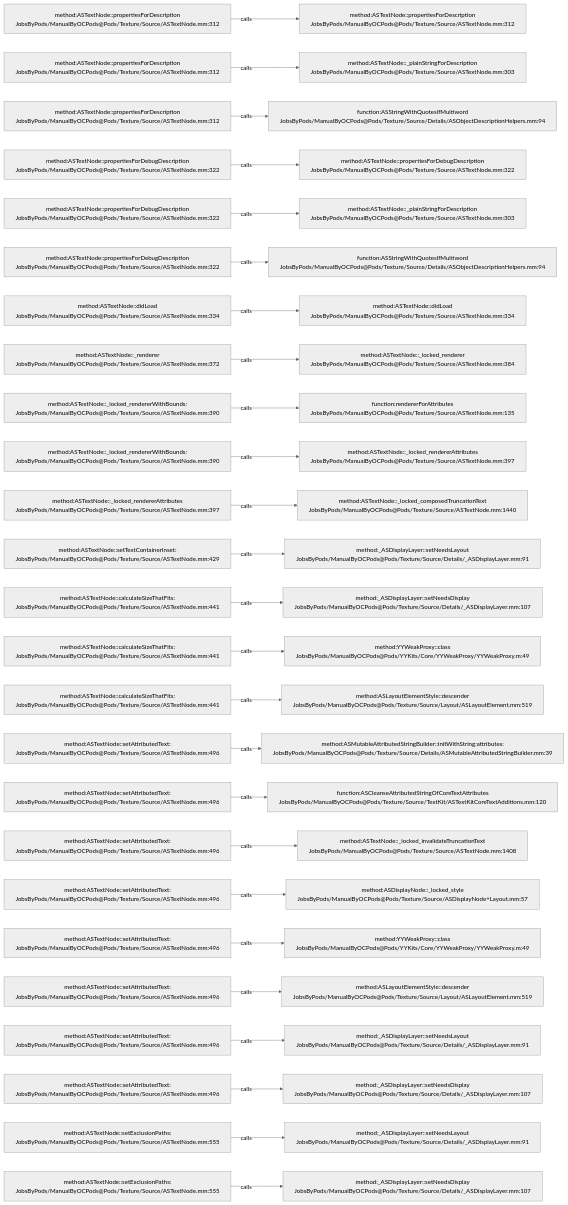
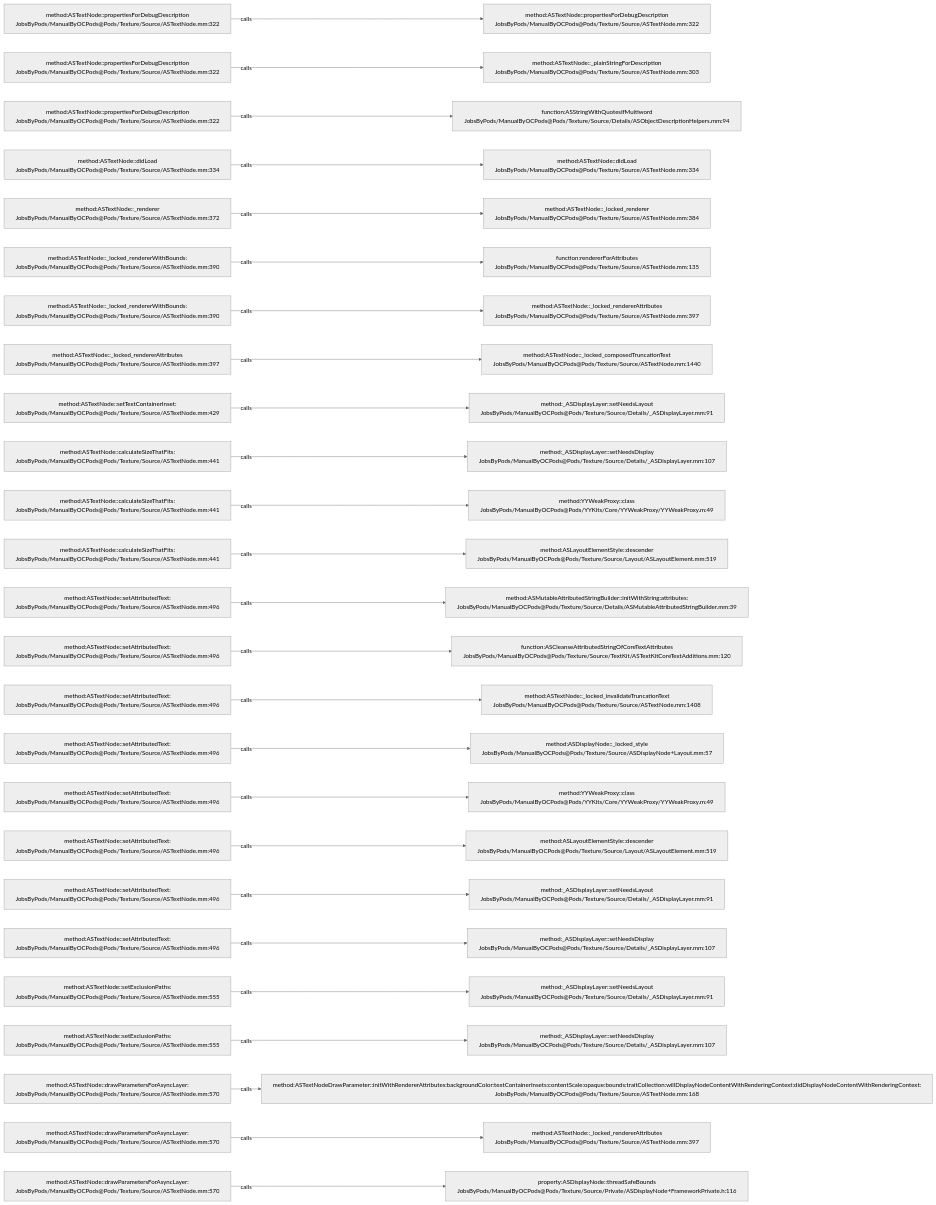
One commit to JobsKits/JobsOCBaseConfigDemo changed the diagram in .codegraph/codegraph.md/graphs/calls-136.md. Above: the diagram before and after it, drawn with Mermaid (neutral theme). The commit also changed 342 other files, not shown here.

````diff
--- a/.codegraph/codegraph.md/graphs/calls-136.md
+++ b/.codegraph/codegraph.md/graphs/calls-136.md
@@ -13,78 +13,78 @@
 ```mermaid
 flowchart LR
-  S1["method:ASTextNode::propertiesForDescription<br/>JobsByPods/ManualByOCPods@Pods/Texture/Source/ASTextNode.mm:312"]
-  T1["method:ASTextNode::propertiesForDescription<br/>JobsByPods/ManualByOCPods@Pods/Texture/Source/ASTextNode.mm:312"]
+  S1["method:ASTextNode::propertiesForDebugDescription<br/>JobsByPods/ManualByOCPods@Pods/Texture/Source/ASTextNode.mm:322"]
+  T1["method:ASTextNode::propertiesForDebugDescription<br/>JobsByPods/ManualByOCPods@Pods/Texture/Source/ASTextNode.mm:322"]
   S1 -->|calls| T1
-  S2["method:ASTextNode::propertiesForDescription<br/>JobsByPods/ManualByOCPods@Pods/Texture/Source/ASTextNode.mm:312"]
+  S2["method:ASTextNode::propertiesForDebugDescription<br/>JobsByPods/ManualByOCPods@Pods/Texture/Source/ASTextNode.mm:322"]
   T2["method:ASTextNode::_plainStringForDescription<br/>JobsByPods/ManualByOCPods@Pods/Texture/Source/ASTextNode.mm:303"]
   S2 -->|calls| T2
-  S3["method:ASTextNode::propertiesForDescription<br/>JobsByPods/ManualByOCPods@Pods/Texture/Source/ASTextNode.mm:312"]
+  S3["method:ASTextNode::propertiesForDebugDescription<br/>JobsByPods/ManualByOCPods@Pods/Texture/Source/ASTextNode.mm:322"]
   T3["function:ASStringWithQuotesIfMultiword<br/>JobsByPods/ManualByOCPods@Pods/Texture/Source/Details/ASObjectDescriptionHelpers.mm:94"]
   S3 -->|calls| T3
-  S4["method:ASTextNode::propertiesForDebugDescription<br/>JobsByPods/ManualByOCPods@Pods/Texture/Source/ASTextNode.mm:322"]
-  T4["method:ASTextNode::propertiesForDebugDescription<br/>JobsByPods/ManualByOCPods@Pods/Texture/Source/ASTextNode.mm:322"]
+  S4["method:ASTextNode::didLoad<br/>JobsByPods/ManualByOCPods@Pods/Texture/Source/ASTextNode.mm:334"]
+  T4["method:ASTextNode::didLoad<br/>JobsByPods/ManualByOCPods@Pods/Texture/Source/ASTextNode.mm:334"]
   S4 -->|calls| T4
-  S5["method:ASTextNode::propertiesForDebugDescription<br/>JobsByPods/ManualByOCPods@Pods/Texture/Source/ASTextNode.mm:322"]
-  T5["method:ASTextNode::_plainStringForDescription<br/>JobsByPods/ManualByOCPods@Pods/Texture/Source/ASTextNode.mm:303"]
+  S5["method:ASTextNode::_renderer<br/>JobsByPods/ManualByOCPods@Pods/Texture/Source/ASTextNode.mm:372"]
+  T5["method:ASTextNode::_locked_renderer<br/>JobsByPods/ManualByOCPods@Pods/Texture/Source/ASTextNode.mm:384"]
   S5 -->|calls| T5
-  S6["method:ASTextNode::propertiesForDebugDescription<br/>JobsByPods/ManualByOCPods@Pods/Texture/Source/ASTextNode.mm:322"]
-  T6["function:ASStringWithQuotesIfMultiword<br/>JobsByPods/ManualByOCPods@Pods/Texture/Source/Details/ASObjectDescriptionHelpers.mm:94"]
+  S6["method:ASTextNode::_locked_rendererWithBounds:<br/>JobsByPods/ManualByOCPods@Pods/Texture/Source/ASTextNode.mm:390"]
+  T6["function:rendererForAttributes<br/>JobsByPods/ManualByOCPods@Pods/Texture/Source/ASTextNode.mm:135"]
   S6 -->|calls| T6
-  S7["method:ASTextNode::didLoad<br/>JobsByPods/ManualByOCPods@Pods/Texture/Source/ASTextNode.mm:334"]
-  T7["method:ASTextNode::didLoad<br/>JobsByPods/ManualByOCPods@Pods/Texture/Source/ASTextNode.mm:334"]
+  S7["method:ASTextNode::_locked_rendererWithBounds:<br/>JobsByPods/ManualByOCPods@Pods/Texture/Source/ASTextNode.mm:390"]
+  T7["method:ASTextNode::_locked_rendererAttributes<br/>JobsByPods/ManualByOCPods@Pods/Texture/Source/ASTextNode.mm:397"]
   S7 -->|calls| T7
-  S8["method:ASTextNode::_renderer<br/>JobsByPods/ManualByOCPods@Pods/Texture/Source/ASTextNode.mm:372"]
-  T8["method:ASTextNode::_locked_renderer<br/>JobsByPods/ManualByOCPods@Pods/Texture/Source/ASTextNode.mm:384"]
+  S8["method:ASTextNode::_locked_rendererAttributes<br/>JobsByPods/ManualByOCPods@Pods/Texture/Source/ASTextNode.mm:397"]
+  T8["method:ASTextNode::_locked_composedTruncationText<br/>JobsByPods/ManualByOCPods@Pods/Texture/Source/ASTextNode.mm:1440"]
   S8 -->|calls| T8
-  S9["method:ASTextNode::_locked_rendererWithBounds:<br/>JobsByPods/ManualByOCPods@Pods/Texture/Source/ASTextNode.mm:390"]
-  T9["function:rendererForAttributes<br/>JobsByPods/ManualByOCPods@Pods/Texture/Source/ASTextNode.mm:135"]
+  S9["method:ASTextNode::setTextContainerInset:<br/>JobsByPods/ManualByOCPods@Pods/Texture/Source/ASTextNode.mm:429"]
+  T9["method:_ASDisplayLayer::setNeedsLayout<br/>JobsByPods/ManualByOCPods@Pods/Texture/Source/Details/_ASDisplayLayer.mm:91"]
   S9 -->|calls| T9
-  S10["method:ASTextNode::_locked_rendererWithBounds:<br/>JobsByPods/ManualByOCPods@Pods/Texture/Source/ASTextNode.mm:390"]
-  T10["method:ASTextNode::_locked_rendererAttributes<br/>JobsByPods/ManualByOCPods@Pods/Texture/Source/ASTextNode.mm:397"]
+  S10["method:ASTextNode::calculateSizeThatFits:<br/>JobsByPods/ManualByOCPods@Pods/Texture/Source/ASTextNode.mm:441"]
+  T10["method:_ASDisplayLayer::setNeedsDisplay<br/>JobsByPods/ManualByOCPods@Pods/Texture/Source/Details/_ASDisplayLayer.mm:107"]
   S10 -->|calls| T10
-  S11["method:ASTextNode::_locked_rendererAttributes<br/>JobsByPods/ManualByOCPods@Pods/Texture/Source/ASTextNode.mm:397"]
-  T11["method:ASTextNode::_locked_composedTruncationText<br/>JobsByPods/ManualByOCPods@Pods/Texture/Source/ASTextNode.mm:1440"]
+  S11["method:ASTextNode::calculateSizeThatFits:<br/>JobsByPods/ManualByOCPods@Pods/Texture/Source/ASTextNode.mm:441"]
+  T11["method:YYWeakProxy::class<br/>JobsByPods/ManualByOCPods@Pods/YYKits/Core/YYWeakProxy/YYWeakProxy.m:49"]
   S11 -->|calls| T11
-  S12["method:ASTextNode::setTextContainerInset:<br/>JobsByPods/ManualByOCPods@Pods/Texture/Source/ASTextNode.mm:429"]
-  T12["method:_ASDisplayLayer::setNeedsLayout<br/>JobsByPods/ManualByOCPods@Pods/Texture/Source/Details/_ASDisplayLayer.mm:91"]
+  S12["method:ASTextNode::calculateSizeThatFits:<br/>JobsByPods/ManualByOCPods@Pods/Texture/Source/ASTextNode.mm:441"]
+  T12["method:ASLayoutElementStyle::descender<br/>JobsByPods/ManualByOCPods@Pods/Texture/Source/Layout/ASLayoutElement.mm:519"]
   S12 -->|calls| T12
-  S13["method:ASTextNode::calculateSizeThatFits:<br/>JobsByPods/ManualByOCPods@Pods/Texture/Source/ASTextNode.mm:441"]
-  T13["method:_ASDisplayLayer::setNeedsDisplay<br/>JobsByPods/ManualByOCPods@Pods/Texture/Source/Details/_ASDisplayLayer.mm:107"]
+  S13["method:ASTextNode::setAttributedText:<br/>JobsByPods/ManualByOCPods@Pods/Texture/Source/ASTextNode.mm:496"]
+  T13["method:ASMutableAttributedStringBuilder::initWithString:attributes:<br/>JobsByPods/ManualByOCPods@Pods/Texture/Source/Details/ASMutableAttributedStringBuilder.mm:39"]
   S13 -->|calls| T13
-  S14["method:ASTextNode::calculateSizeThatFits:<br/>JobsByPods/ManualByOCPods@Pods/Texture/Source/ASTextNode.mm:441"]
-  T14["method:YYWeakProxy::class<br/>JobsByPods/ManualByOCPods@Pods/YYKits/Core/YYWeakProxy/YYWeakProxy.m:49"]
+  S14["method:ASTextNode::setAttributedText:<br/>JobsByPods/ManualByOCPods@Pods/Texture/Source/ASTextNode.mm:496"]
+  T14["function:ASCleanseAttributedStringOfCoreTextAttributes<br/>JobsByPods/ManualByOCPods@Pods/Texture/Source/TextKit/ASTextKitCoreTextAdditions.mm:120"]
   S14 -->|calls| T14
-  S15["method:ASTextNode::calculateSizeThatFits:<br/>JobsByPods/ManualByOCPods@Pods/Texture/Source/ASTextNode.mm:441"]
-  T15["method:ASLayoutElementStyle::descender<br/>JobsByPods/ManualByOCPods@Pods/Texture/Source/Layout/ASLayoutElement.mm:519"]
+  S15["method:ASTextNode::setAttributedText:<br/>JobsByPods/ManualByOCPods@Pods/Texture/Source/ASTextNode.mm:496"]
+  T15["method:ASTextNode::_locked_invalidateTruncationText<br/>JobsByPods/ManualByOCPods@Pods/Texture/Source/ASTextNode.mm:1408"]
   S15 -->|calls| T15
   S16["method:ASTextNode::setAttributedText:<br/>JobsByPods/ManualByOCPods@Pods/Texture/Source/ASTextNode.mm:496"]
-  T16["method:ASMutableAttributedStringBuilder::initWithString:attributes:<br/>JobsByPods/ManualByOCPods@Pods/Texture/Source/Details/ASMutableAttributedStringBuilder.mm:39"]
+  T16["method:ASDisplayNode::_locked_style<br/>JobsByPods/ManualByOCPods@Pods/Texture/Source/ASDisplayNode+Layout.mm:57"]
   S16 -->|calls| T16
   S17["method:ASTextNode::setAttributedText:<br/>JobsByPods/ManualByOCPods@Pods/Texture/Source/ASTextNode.mm:496"]
-  T17["function:ASCleanseAttributedStringOfCoreTextAttributes<br/>JobsByPods/ManualByOCPods@Pods/Texture/Source/TextKit/ASTextKitCoreTextAdditions.mm:120"]
+  T17["method:YYWeakProxy::class<br/>JobsByPods/ManualByOCPods@Pods/YYKits/Core/YYWeakProxy/YYWeakProxy.m:49"]
   S17 -->|calls| T17
   S18["method:ASTextNode::setAttributedText:<br/>JobsByPods/ManualByOCPods@Pods/Texture/Source/ASTextNode.mm:496"]
-  T18["method:ASTextNode::_locked_invalidateTruncationText<br/>JobsByPods/ManualByOCPods@Pods/Texture/Source/ASTextNode.mm:1408"]
+  T18["method:ASLayoutElementStyle::descender<br/>JobsByPods/ManualByOCPods@Pods/Texture/Source/Layout/ASLayoutElement.mm:519"]
   S18 -->|calls| T18
   S19["method:ASTextNode::setAttributedText:<br/>JobsByPods/ManualByOCPods@Pods/Texture/Source/ASTextNode.mm:496"]
-  T19["method:ASDisplayNode::_locked_style<br/>JobsByPods/ManualByOCPods@Pods/Texture/Source/ASDisplayNode+Layout.mm:57"]
+  T19["method:_ASDisplayLayer::setNeedsLayout<br/>JobsByPods/ManualByOCPods@Pods/Texture/Source/Details/_ASDisplayLayer.mm:91"]
   S19 -->|calls| T19
   S20["method:ASTextNode::setAttributedText:<br/>JobsByPods/ManualByOCPods@Pods/Texture/Source/ASTextNode.mm:496"]
-  T20["method:YYWeakProxy::class<br/>JobsByPods/ManualByOCPods@Pods/YYKits/Core/YYWeakProxy/YYWeakProxy.m:49"]
+  T20["method:_ASDisplayLayer::setNeedsDisplay<br/>JobsByPods/ManualByOCPods@Pods/Texture/Source/Details/_ASDisplayLayer.mm:107"]
   S20 -->|calls| T20
-  S21["method:ASTextNode::setAttributedText:<br/>JobsByPods/ManualByOCPods@Pods/Texture/Source/ASTextNode.mm:496"]
-  T21["method:ASLayoutElementStyle::descender<br/>JobsByPods/ManualByOCPods@Pods/Texture/Source/Layout/ASLayoutElement.mm:519"]
+  S21["method:ASTextNode::setExclusionPaths:<br/>JobsByPods/ManualByOCPods@Pods/Texture/Source/ASTextNode.mm:555"]
+  T21["method:_ASDisplayLayer::setNeedsLayout<br/>JobsByPods/ManualByOCPods@Pods/Texture/Source/Details/_ASDisplayLayer.mm:91"]
   S21 -->|calls| T21
-  S22["method:ASTextNode::setAttributedText:<br/>JobsByPods/ManualByOCPods@Pods/Texture/Source/ASTextNode.mm:496"]
-  T22["method:_ASDisplayLayer::setNeedsLayout<br/>JobsByPods/ManualByOCPods@Pods/Texture/Source/Details/_ASDisplayLayer.mm:91"]
+  S22["method:ASTextNode::setExclusionPaths:<br/>JobsByPods/ManualByOCPods@Pods/Texture/Source/ASTextNode.mm:555"]
+  T22["method:_ASDisplayLayer::setNeedsDisplay<br/>JobsByPods/ManualByOCPods@Pods/Texture/Source/Details/_ASDisplayLayer.mm:107"]
   S22 -->|calls| T22
-  S23["method:ASTextNode::setAttributedText:<br/>JobsByPods/ManualByOCPods@Pods/Texture/Source/ASTextNode.mm:496"]
-  T23["method:_ASDisplayLayer::setNeedsDisplay<br/>JobsByPods/ManualByOCPods@Pods/Texture/Source/Details/_ASDisplayLayer.mm:107"]
+  S23["method:ASTextNode::drawParametersForAsyncLayer:<br/>JobsByPods/ManualByOCPods@Pods/Texture/Source/ASTextNode.mm:570"]
+  T23["method:ASTextNodeDrawParameter::initWithRendererAttributes:backgroundColor:textContainerInsets:contentScale:opaque:bounds:traitCollection:willDisplayNodeContentWithRenderingContext:didDisplayNodeContentWithRenderingContext:<br/>JobsByPods/ManualByOCPods@Pods/Texture/Source/ASTextNode.mm:168"]
   S23 -->|calls| T23
-  S24["method:ASTextNode::setExclusionPaths:<br/>JobsByPods/ManualByOCPods@Pods/Texture/Source/ASTextNode.mm:555"]
-  T24["method:_ASDisplayLayer::setNeedsLayout<br/>JobsByPods/ManualByOCPods@Pods/Texture/Source/Details/_ASDisplayLayer.mm:91"]
+  S24["method:ASTextNode::drawParametersForAsyncLayer:<br/>JobsByPods/ManualByOCPods@Pods/Texture/Source/ASTextNode.mm:570"]
+  T24["method:ASTextNode::_locked_rendererAttributes<br/>JobsByPods/ManualByOCPods@Pods/Texture/Source/ASTextNode.mm:397"]
   S24 -->|calls| T24
-  S25["method:ASTextNode::setExclusionPaths:<br/>JobsByPods/ManualByOCPods@Pods/Texture/Source/ASTextNode.mm:555"]
-  T25["method:_ASDisplayLayer::setNeedsDisplay<br/>JobsByPods/ManualByOCPods@Pods/Texture/Source/Details/_ASDisplayLayer.mm:107"]
+  S25["method:ASTextNode::drawParametersForAsyncLayer:<br/>JobsByPods/ManualByOCPods@Pods/Texture/Source/ASTextNode.mm:570"]
+  T25["property:ASDisplayNode::threadSafeBounds<br/>JobsByPods/ManualByOCPods@Pods/Texture/Source/Private/ASDisplayNode+FrameworkPrivate.h:116"]
   S25 -->|calls| T25
 ```
````
